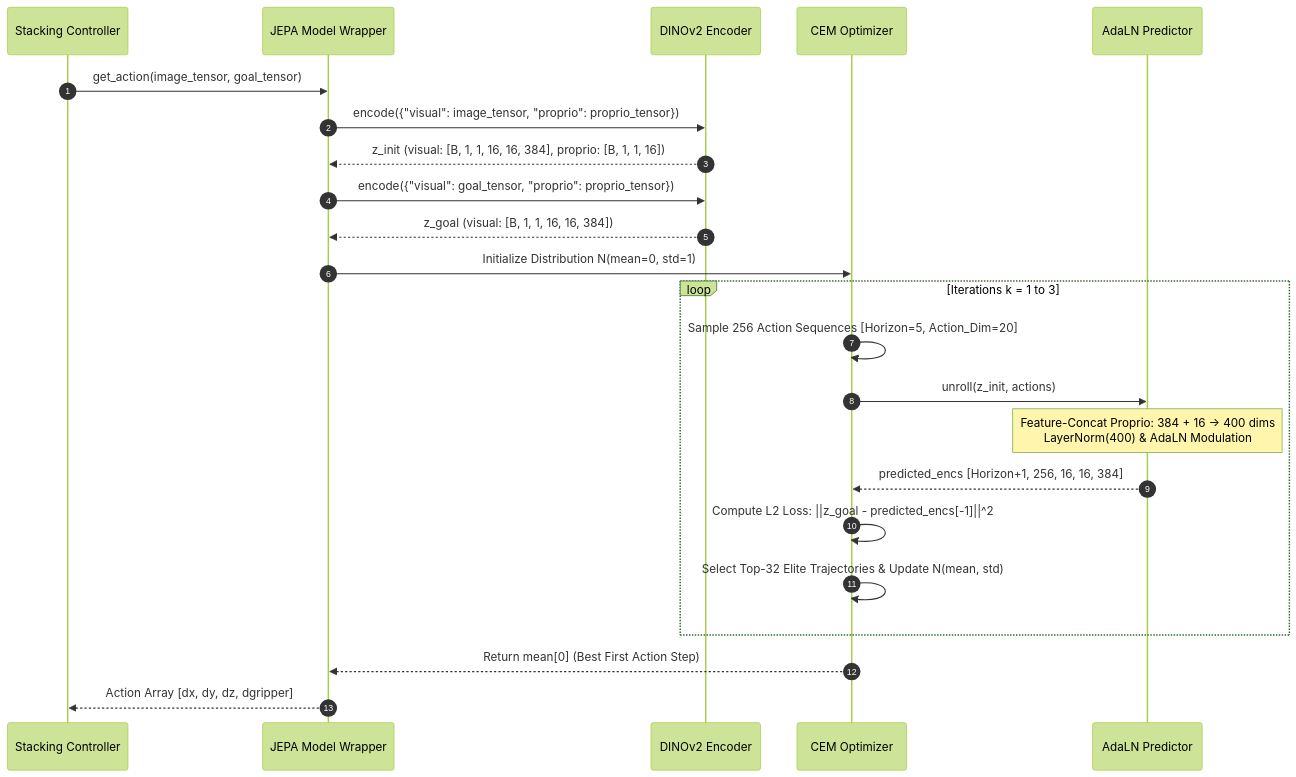
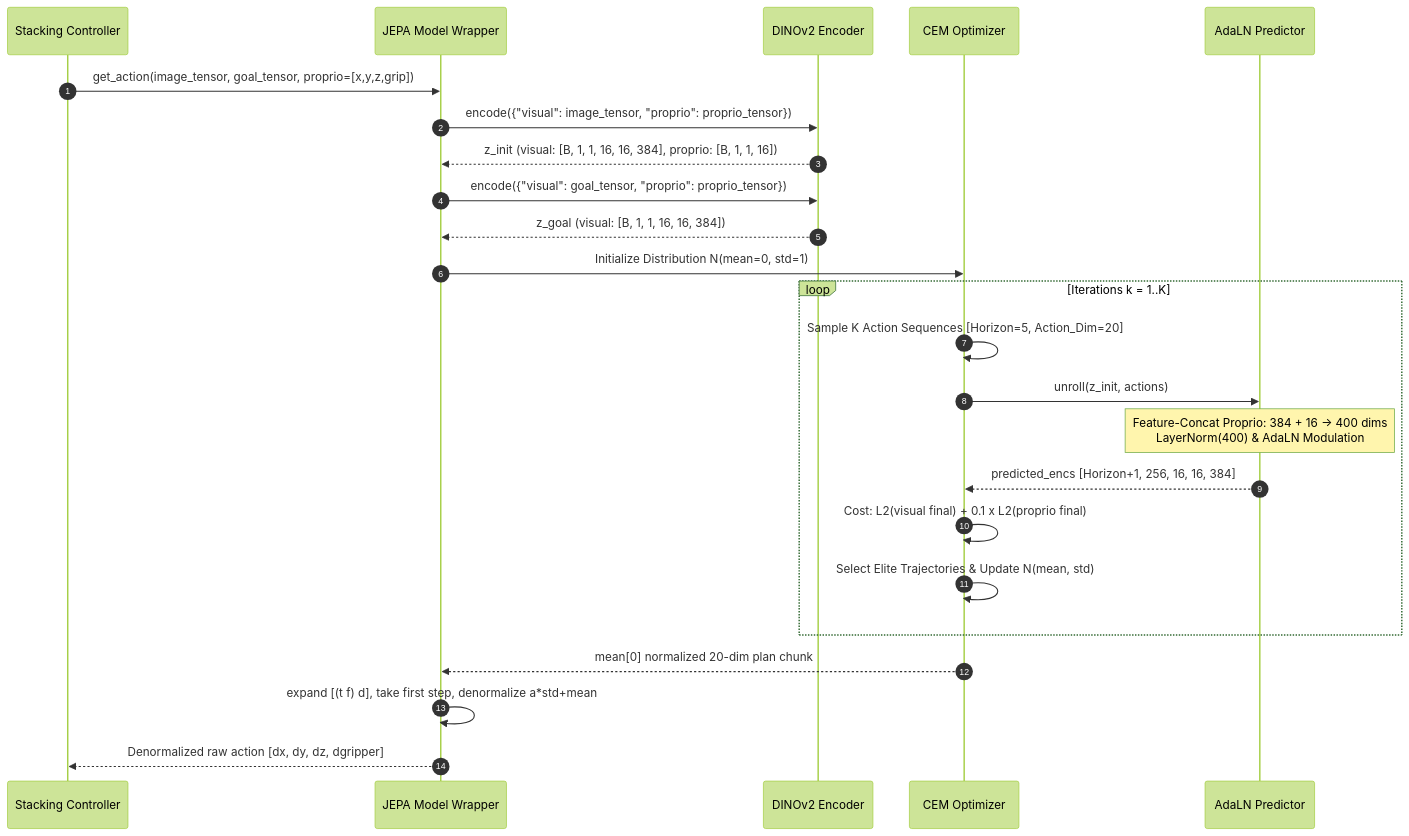
Before and after one commit to Ojas-sta/WorldXD: the second of 3 diagrams in README.md, drawn with Mermaid (forest theme). The commit also changed other lines of this file and 2 other files, not shown here.

````diff
--- a/README.md
+++ b/README.md
@@ -101,27 +101,28 @@
 ```mermaid
 sequenceDiagram
     autonumber
     participant SC as Stacking Controller
     participant JM as JEPA Model Wrapper
     participant ENC as DINOv2 Encoder
     participant CEM as CEM Optimizer
     participant PRED as AdaLN Predictor
 
-    SC->>JM: get_action(image_tensor, goal_tensor)
+    SC->>JM: get_action(image_tensor, goal_tensor, proprio=[x,y,z,grip])
     JM->>ENC: encode({"visual": image_tensor, "proprio": proprio_tensor})
     ENC-->>JM: z_init (visual: [B, 1, 1, 16, 16, 384], proprio: [B, 1, 1, 16])
     JM->>ENC: encode({"visual": goal_tensor, "proprio": proprio_tensor})
     ENC-->>JM: z_goal (visual: [B, 1, 1, 16, 16, 384])
     
     JM->>CEM: Initialize Distribution N(mean=0, std=1)
-    Loop Iterations k = 1 to 3
-        CEM->>CEM: Sample 256 Action Sequences [Horizon=5, Action_Dim=20]
+    Loop Iterations k = 1..K
+        CEM->>CEM: Sample K Action Sequences [Horizon=5, Action_Dim=20]
         CEM->>PRED: unroll(z_init, actions)
         Note over PRED: Feature-Concat Proprio: 384 + 16 -> 400 dims<br/>LayerNorm(400) & AdaLN Modulation
         PRED-->>CEM: predicted_encs [Horizon+1, 256, 16, 16, 384]
-        CEM->>CEM: Compute L2 Loss: ||z_goal - predicted_encs[-1]||^2
-        CEM->>CEM: Select Top-32 Elite Trajectories & Update N(mean, std)
+        CEM->>CEM: Cost: L2(visual final) + 0.1 x L2(proprio final)
+        CEM->>CEM: Select Elite Trajectories & Update N(mean, std)
     end
-    CEM-->>JM: Return mean[0] (Best First Action Step)
-    JM-->>SC: Action Array [dx, dy, dz, dgripper]
+    CEM-->>JM: mean[0] normalized 20-dim plan chunk
+    JM->>JM: expand [(t f) d], take first step, denormalize a*std+mean
+    JM-->>SC: Denormalized raw action [dx, dy, dz, dgripper]
 ```
````
